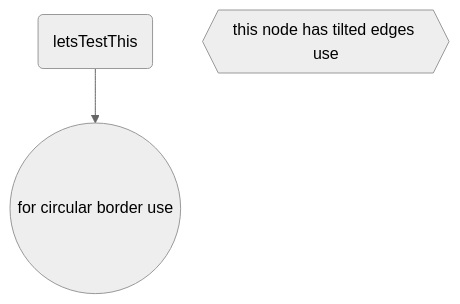
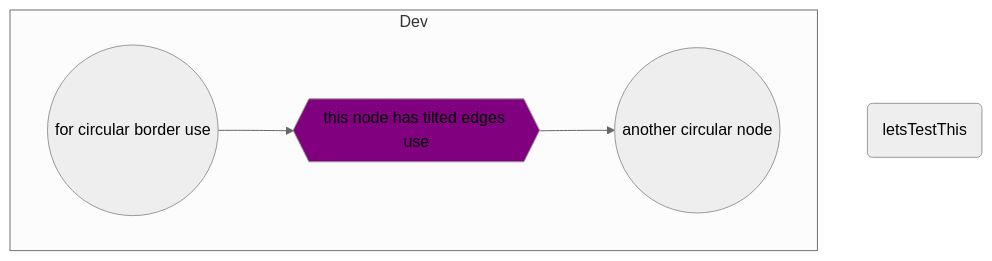
The diagram in README.md (Umer-Islam/fullstackopen), drawn with Mermaid (neutral theme) before and after one commit.

````diff
--- a/README.md
+++ b/README.md
@@ -3,10 +3,14 @@
 ```mermaid
 flowchart TD;
 
     setup_dev(letsTestThis)
-
+  subgraph Dev
     bci{{this node has tilted edges use}}
+    style bci fill:purple
+    style bci font:black
+    whatever --> bci
+    bci --> whatever1
     whatever((for circular border use  ))
-
-    setup_dev --> whatever 
+    whatever1((another circular node))
+end
 ```
````
